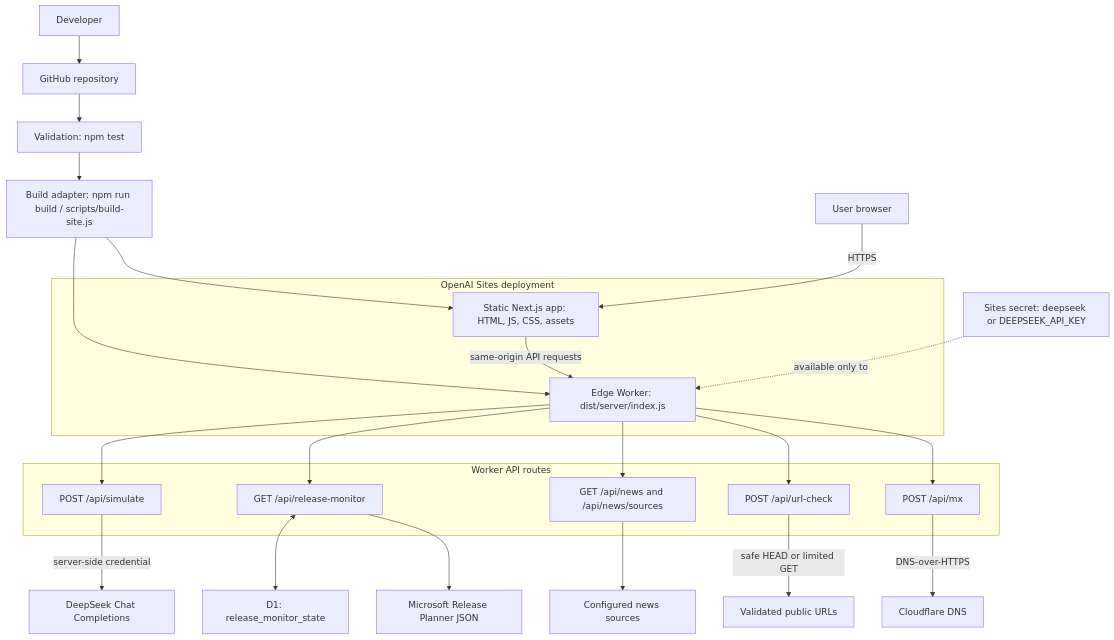
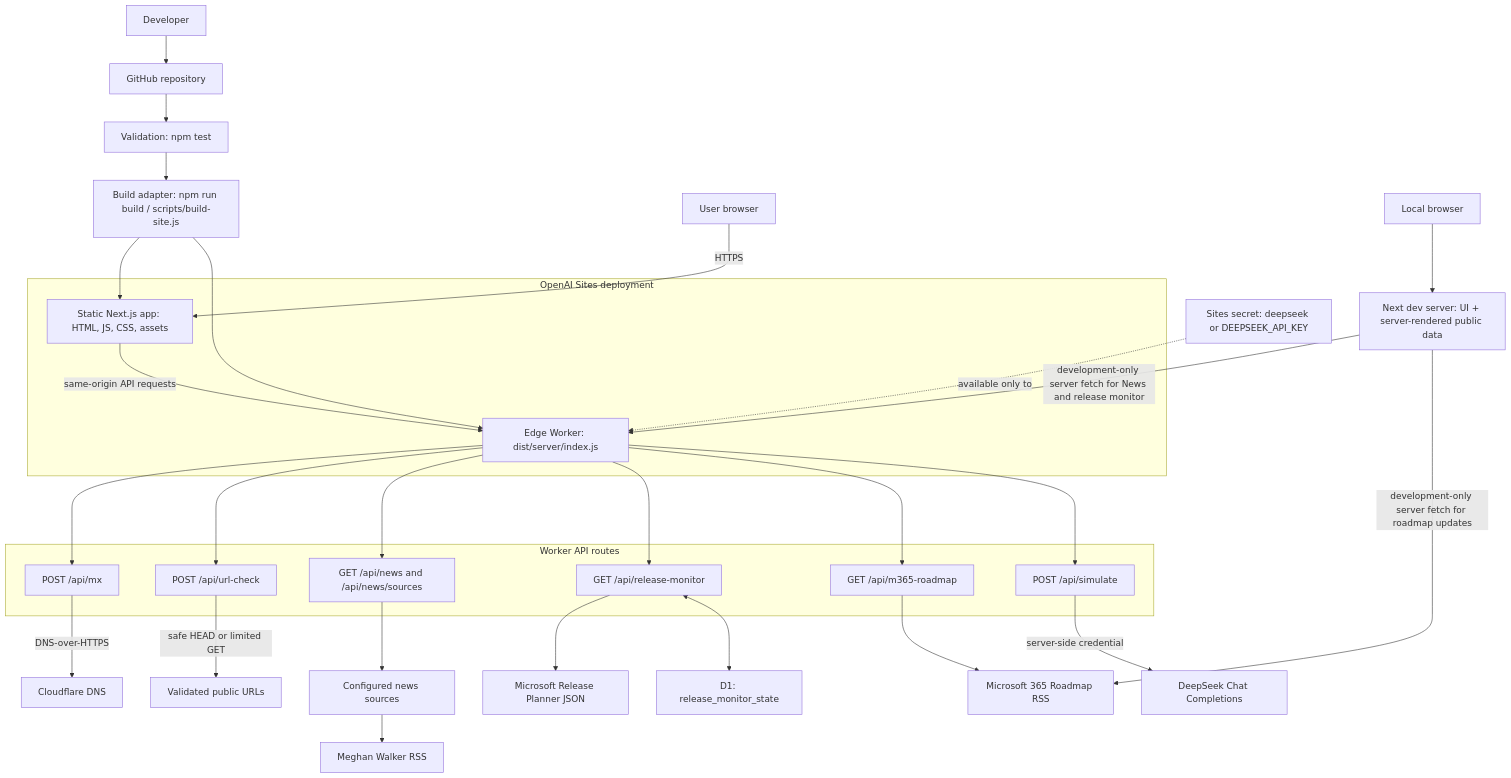
The diagram in docs/infrastructure.md (mylokaye/Form-email-validator), drawn with Mermaid before and after one commit. The commit also changed other lines of this file and 16 other files, not shown here.

Commit message:
Update home news and roadmap experience

````diff
--- a/docs/infrastructure.md
+++ b/docs/infrastructure.md
@@ -7,45 +7,53 @@
 ```mermaid
 flowchart TB
   Developer["Developer"]
   GitHub["GitHub repository"]
   Validation["Validation: npm test"]
   Build["Build adapter: npm run build / scripts/build-site.js"]
 
   Developer --> GitHub
   GitHub --> Validation --> Build
 
   subgraph Sites["OpenAI Sites deployment"]
     Static["Static Next.js app: HTML, JS, CSS, assets"]
     Worker["Edge Worker: dist/server/index.js"]
 
     Static -->|same-origin API requests| Worker
   end
 
   Build --> Static
   Build --> Worker
 
   Browser["User browser"] -->|HTTPS| Static
 
+  LocalBrowser["Local browser"] --> LocalDev["Next dev server: UI + server-rendered public data"]
+  LocalDev -->|development-only server fetch for News and release monitor| Worker
+  LocalDev -->|development-only server fetch for roadmap updates| M365RoadmapFeed
+
   subgraph APIs["Worker API routes"]
     MX["POST /api/mx"]
     URL["POST /api/url-check"]
     News["GET /api/news and /api/news/sources"]
     Monitor["GET /api/release-monitor"]
+    Roadmap["GET /api/m365-roadmap"]
     Simulate["POST /api/simulate"]
   end
 
   Worker --> MX
   Worker --> URL
   Worker --> News
   Worker --> Monitor
+  Worker --> Roadmap
   Worker --> Simulate
 
   MX -->|DNS-over-HTTPS| CloudflareDNS["Cloudflare DNS"]
   URL -->|safe HEAD or limited GET| PublicWeb["Validated public URLs"]
   News --> NewsSources["Configured news sources"]
+  NewsSources --> MeghanFeed["Meghan Walker RSS"]
   Monitor --> Microsoft["Microsoft Release Planner JSON"]
+  Roadmap --> M365RoadmapFeed["Microsoft 365 Roadmap RSS"]
   Monitor <--> D1["D1: release_monitor_state"]
   Simulate -->|server-side credential| DeepSeek["DeepSeek Chat Completions"]
 
   Secret["Sites secret: deepseek or DEEPSEEK_API_KEY"] -. available only to .-> Worker
 ```
````
